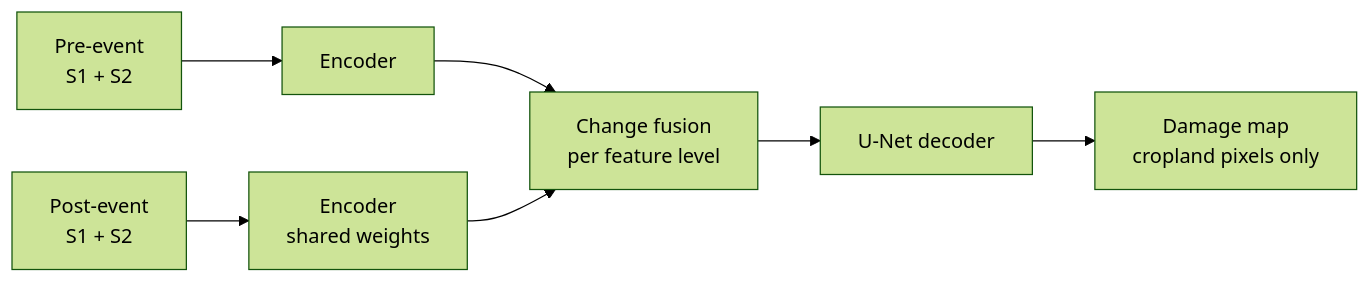
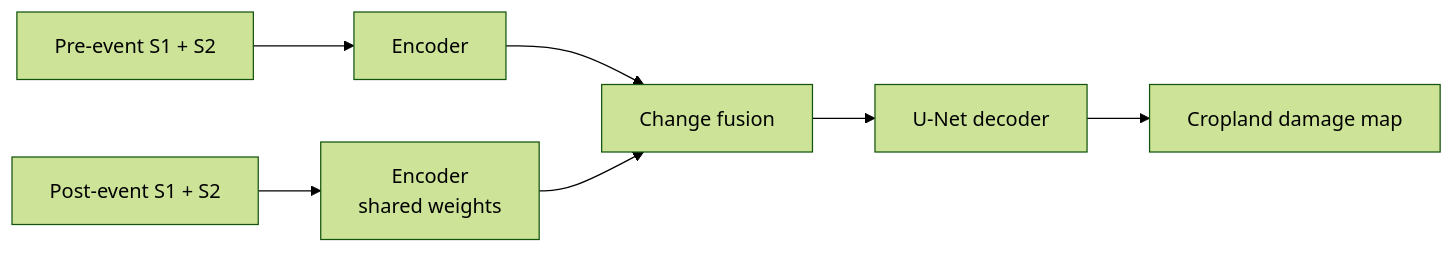
Before and after one commit to JulinaM/Crop-Damage-Benchmark: the second of 2 diagrams in README.md, drawn with Mermaid (forest theme). The commit also changed other lines of this file, not shown here.

````diff
--- a/README.md
+++ b/README.md
@@ -115,9 +50,9 @@
 ```mermaid
 flowchart LR
-    P[Pre-event<br/>S1 + S2] --> E1[Encoder]
-    Q[Post-event<br/>S1 + S2] --> E2[Encoder<br/>shared weights]
-    E1 --> F[Change fusion<br/>per feature level]
+    P[Pre-event S1 + S2] --> E1[Encoder]
+    Q[Post-event S1 + S2] --> E2[Encoder<br/>shared weights]
+    E1 --> F[Change fusion]
     E2 --> F
     F --> D[U-Net decoder]
-    D --> M[Damage map<br/>cropland pixels only]
+    D --> M[Cropland damage map]
 ```
````
